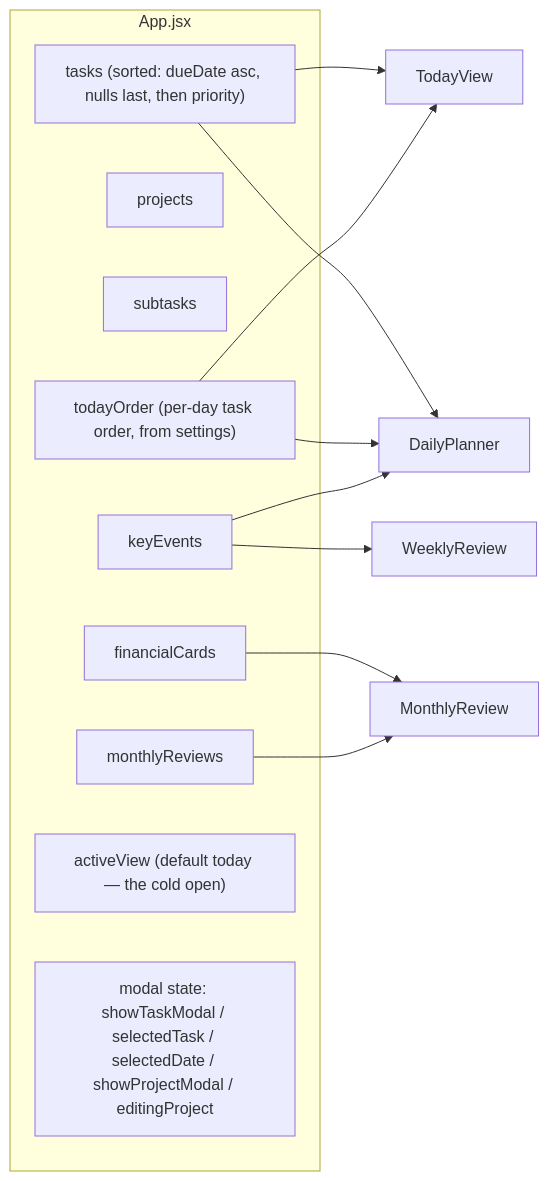
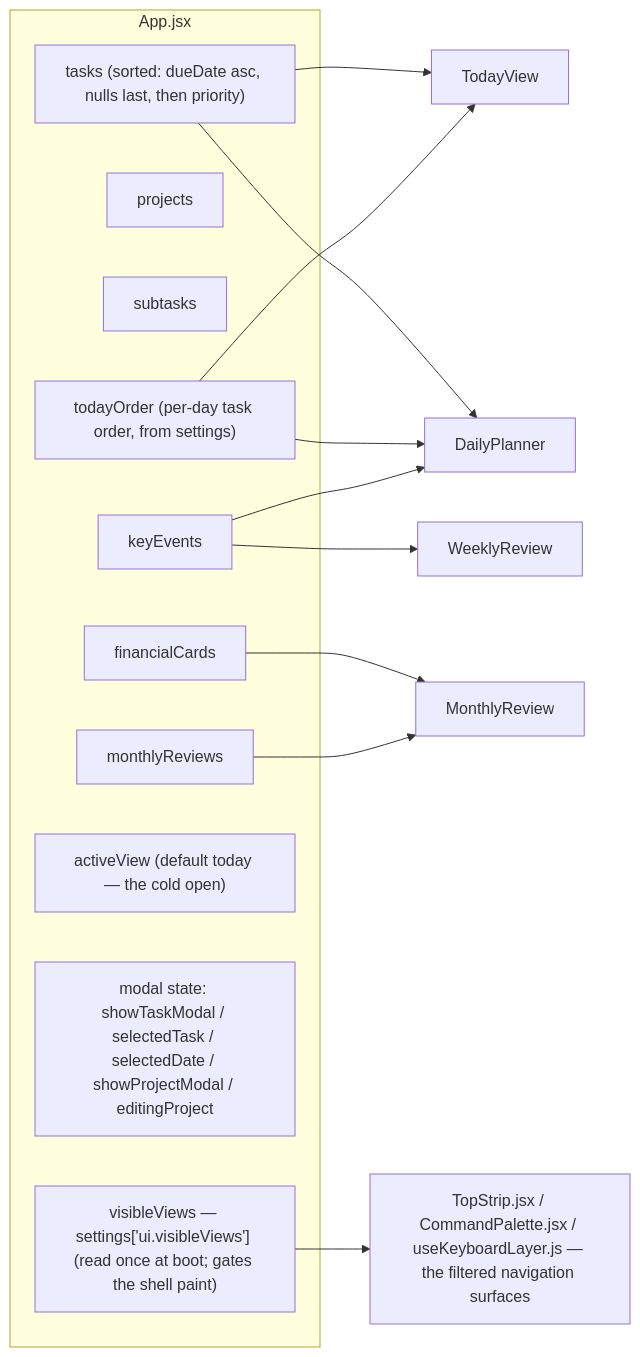
The second of 7 diagrams in .dev_context/ARCHITECTURE.md (lung123w/dayframe), drawn with Mermaid before and after one commit. The commit also changed other lines of this file and 3 other files, not shown here.

````diff
--- a/.dev_context/ARCHITECTURE.md
+++ b/.dev_context/ARCHITECTURE.md
@@ -114,22 +115,24 @@
 ```mermaid
 flowchart LR
     subgraph ROOT["App.jsx"]
       A1["tasks (sorted: dueDate asc, nulls last, then priority)"]
       A2["projects"]
       A3["subtasks"]
       A4["todayOrder (per-day task order, from settings)"]
       A5["keyEvents"]
       A6["financialCards"]
       A7["monthlyReviews"]
       A8["activeView (default today — the cold open)"]
       A9["modal state: showTaskModal / selectedTask / selectedDate / showProjectModal / editingProject"]
+      A10["visibleViews — settings['ui.visibleViews'] (read once at boot; gates the shell paint)"]
     end
+    A10 --> Shell["TopStrip.jsx / CommandPalette.jsx / useKeyboardLayer.js — the filtered navigation surfaces"]
     A1 --> TodayView
     A1 --> DailyPlanner
     A4 --> TodayView
     A4 --> DailyPlanner
     A5 --> DailyPlanner
     A5 --> WeeklyReview
     A6 --> MonthlyReview
     A7 --> MonthlyReview
 ```
````
